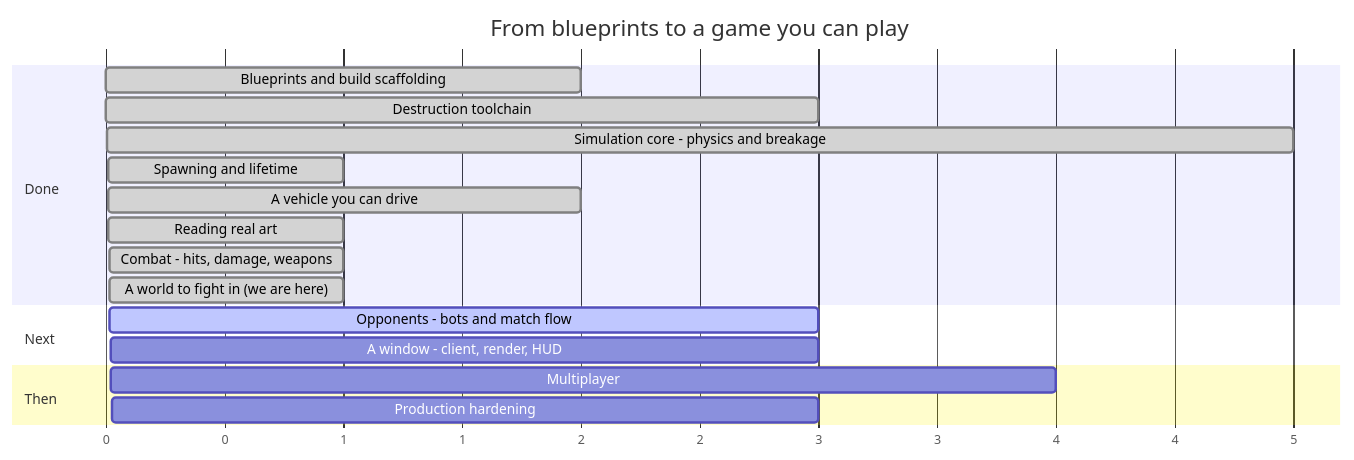
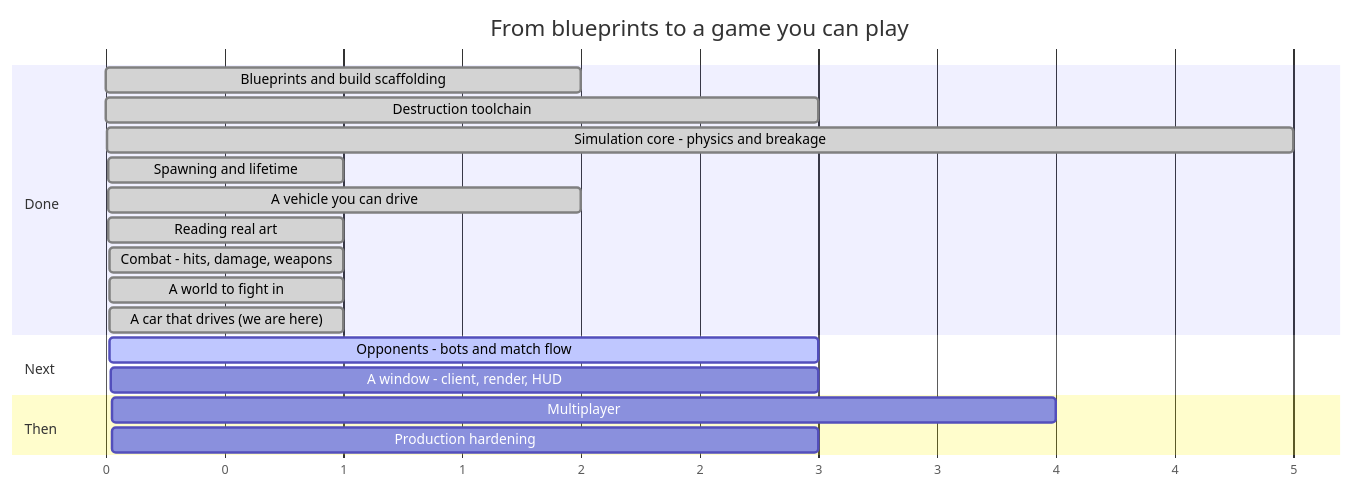
Before and after one commit to RobLobsta/Syndicate: the diagram in ROADMAP.md, drawn with Mermaid. The commit also changed other lines of this file and 18 other files, not shown here.

````diff
--- a/ROADMAP.md
+++ b/ROADMAP.md
@@ -16,24 +16,25 @@
 ```mermaid
 gantt
     title From blueprints to a game you can play
     dateFormat X
     axisFormat %s
 
     section Done
     Blueprints and build scaffolding        :done, p0, 0, 2
     Destruction toolchain                   :done, p1, 2, 3
     Simulation core - physics and breakage   :done, p2, 5, 5
     Spawning and lifetime                   :done, p3, 10, 1
     A vehicle you can drive                 :done, p4, 11, 2
     Reading real art                        :done, p6a, 13, 1
     Combat - hits, damage, weapons          :done, p5, 14, 1
-    A world to fight in  (we are here)      :done, p6, 15, 1
+    A world to fight in                     :done, p6, 15, 1
+    A car that drives  (we are here)        :done, p6b, 16, 1
 
     section Next
-    Opponents - bots and match flow         :active, p8, 16, 3
-    A window - client, render, HUD          :p7, 19, 3
+    Opponents - bots and match flow         :active, p8, 17, 3
+    A window - client, render, HUD          :p7, 20, 3
 
     section Then
-    Multiplayer                             :p9, 23, 4
-    Production hardening                    :p10, 27, 3
+    Multiplayer                             :p9, 24, 4
+    Production hardening                    :p10, 28, 3
 ```
````
